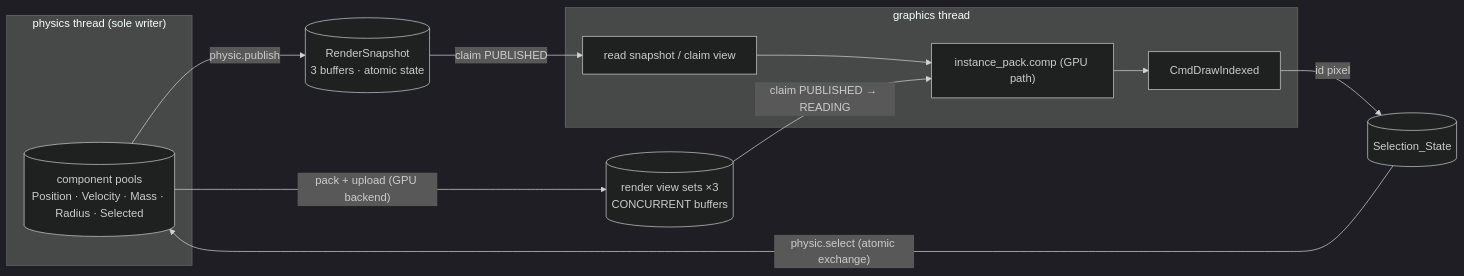
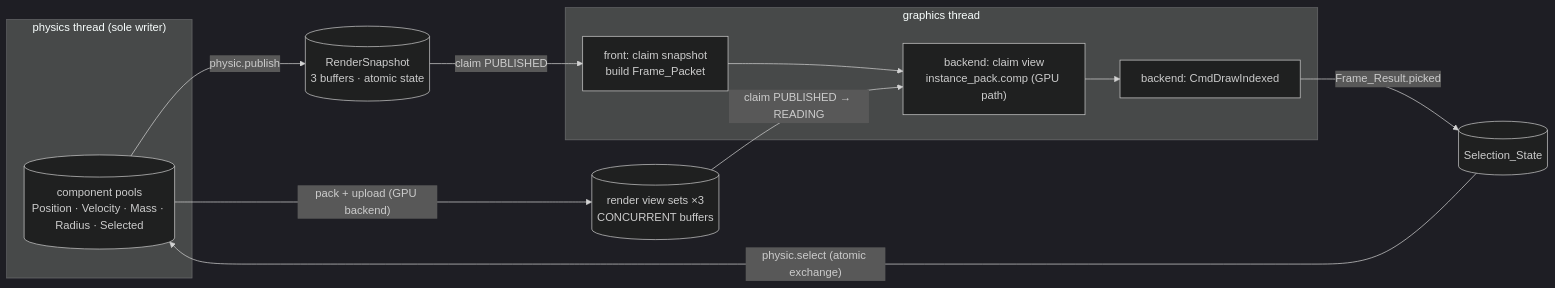
One commit to TanukiConDos/Gravity-Simulator changed the seventh of 7 diagrams in docs/architecture.md. Above: the diagram before and after it, drawn with Mermaid (dark theme). The commit also changed other lines of this file and 8 other files, not shown here.

First line of the commit message:
docs: document the graphics front/backend split and add a layering guard

````diff
--- a/docs/architecture.md
+++ b/docs/architecture.md
@@ -241,21 +260,21 @@
 ```mermaid
 flowchart LR
     subgraph PT["physics thread (sole writer)"]
         pools[("component pools<br/>Position · Velocity · Mass · Radius · Selected")]
     end
 
     pools -->|"physic.publish"| snap[("RenderSnapshot<br/>3 buffers · atomic state")]
     pools -->|"pack + upload (GPU backend)"| sets[("render view sets ×3<br/>CONCURRENT buffers")]
 
     subgraph GT["graphics thread"]
-        pick["read snapshot / claim view"]
-        pack["instance_pack.comp (GPU path)"]
-        draw["CmdDrawIndexed"]
+        pick["front: claim snapshot<br/>build Frame_Packet"]
+        pack["backend: claim view<br/>instance_pack.comp (GPU path)"]
+        draw["backend: CmdDrawIndexed"]
         pick --> pack --> draw
     end
 
     snap -->|"claim PUBLISHED"| pick
     sets -->|"claim PUBLISHED → READING"| pack
-    draw -->|"id pixel"| sel[("Selection_State")]
+    draw -->|"Frame_Result.picked"| sel[("Selection_State")]
     sel -->|"physic.select (atomic exchange)"| pools
 ```
````
